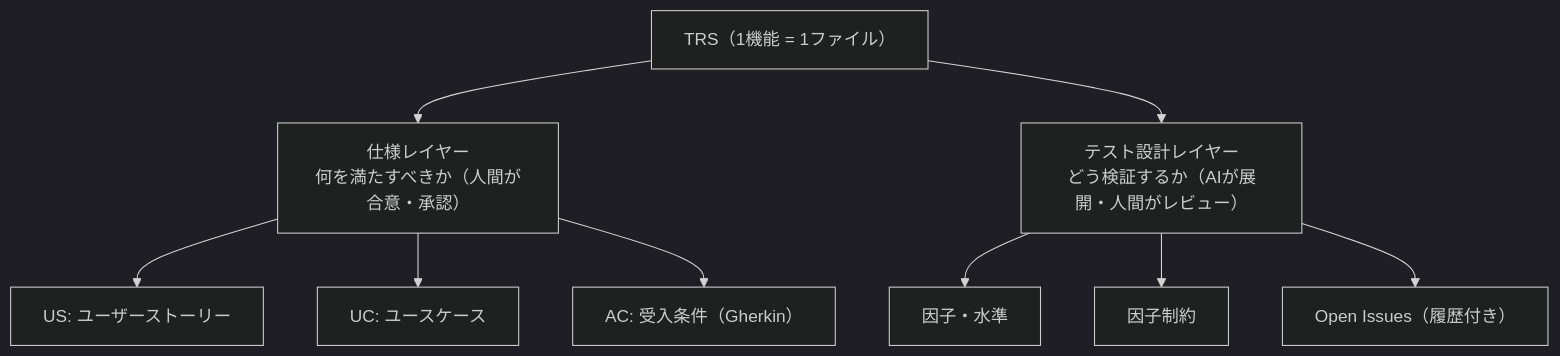
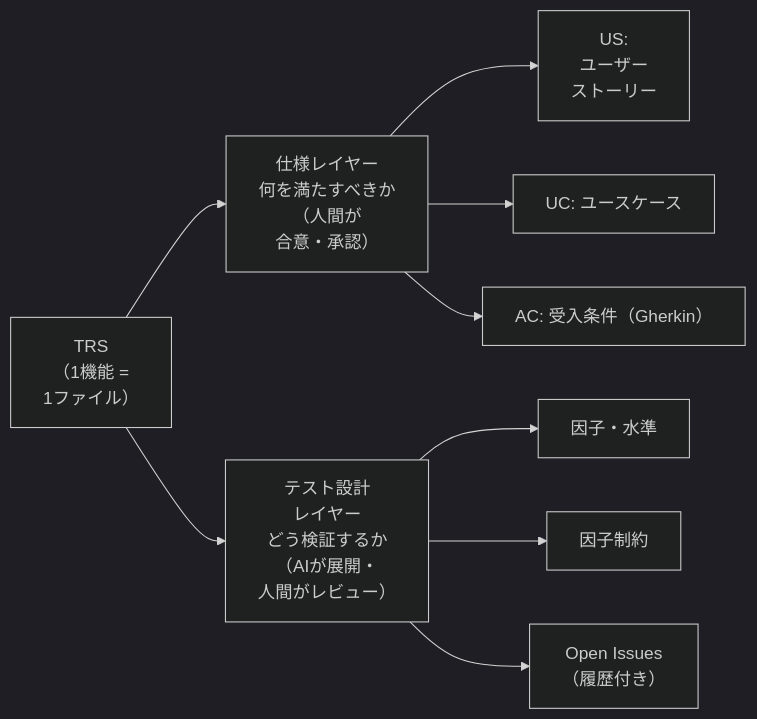
The first of 3 diagrams in docs/testing/03-trs-guideline.md (toshio-shiratori/harness-test-strategy), drawn with Mermaid (dark theme) before and after one commit. The commit also changed 3 other files, not shown here.

First line of the commit message:
docs: docs/testing の横に長い Mermaid の図を本文の幅に収める (#204) (#207)

````diff
--- a/docs/testing/03-trs-guideline.md
+++ b/docs/testing/03-trs-guideline.md
@@ -29,12 +29,12 @@
 ```mermaid
-flowchart TB
-  TRS["TRS（1機能 = 1ファイル）"]
-  TRS --> S["仕様レイヤー<br/>何を満たすべきか（人間が合意・承認）"]
-  TRS --> T["テスト設計レイヤー<br/>どう検証するか（AIが展開・人間がレビュー）"]
-  S --> US["US: ユーザーストーリー"]
+flowchart LR
+  TRS["TRS<br/>（1機能 =<br/>1ファイル）"]
+  TRS --> S["仕様レイヤー<br/>何を満たすべきか<br/>（人間が<br/>合意・承認）"]
+  TRS --> T["テスト設計<br/>レイヤー<br/>どう検証するか<br/>（AIが展開・<br/>人間がレビュー）"]
+  S --> US["US:<br/>ユーザー<br/>ストーリー"]
   S --> UC["UC: ユースケース"]
   S --> AC["AC: 受入条件（Gherkin）"]
   T --> F["因子・水準"]
   T --> C["因子制約"]
-  T --> OI["Open Issues（履歴付き）"]
+  T --> OI["Open Issues<br/>（履歴付き）"]
 ```
````
